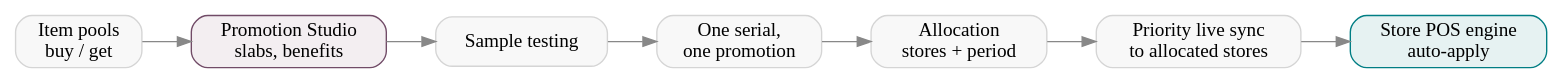
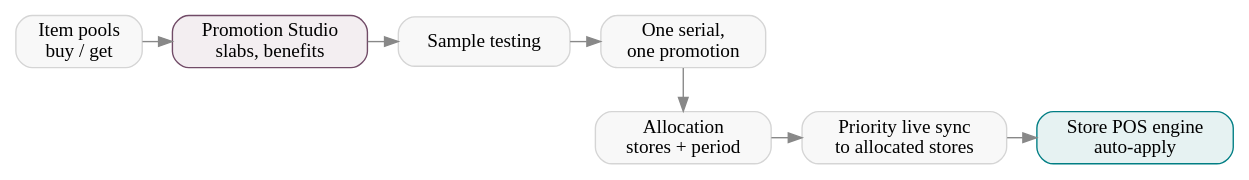
Before and after one commit to metalogicdigital/erp-docs: the diagram in content/case_studies/retail/promotions.rst, drawn with Graphviz. The commit also changed 8 other files, not shown here.

Commit message:
Make diagrams readable: sans-serif labels, wrap long flows into rows

```diff
--- a/content/case_studies/retail/promotions.rst
+++ b/content/case_studies/retail/promotions.rst
@@ -16,16 +16,20 @@
 .. graphviz::
    :caption: Design at HO, apply at the till
 
    digraph promo {
-      rankdir=LR;
+      rankdir=TB; nodesep=0.3; ranksep=0.45;
       node [shape=box, style="rounded,filled", fillcolor="#F8F8F8", color="#D5D5D5"];
       edge [color="#888888"];
-      pool [label="Item pools\nbuy / get"];
-      studio [label="Promotion Studio\nslabs, benefits", fillcolor="#f3eef1", color="#714B67"];
-      test [label="Sample testing"];
-      coll [label="One serial,\none promotion"];
-      alloc [label="Allocation\nstores + period"];
-      sync [label="Priority live sync\nto allocated stores"];
-      pos [label="Store POS engine\nauto-apply", fillcolor="#e6f2f2", color="#017e84"];
-      pool -> studio -> test -> coll -> alloc -> sync -> pos;
+      { rank=same;
+        pool [label="Item pools\nbuy / get"];
+        studio [label="Promotion Studio\nslabs, benefits", fillcolor="#f3eef1", color="#714B67"];
+        test [label="Sample testing"];
+        coll [label="One serial,\none promotion"]; }
+      { rank=same;
+        alloc [label="Allocation\nstores + period"];
+        sync [label="Priority live sync\nto allocated stores"];
+        pos [label="Store POS engine\nauto-apply", fillcolor="#e6f2f2", color="#017e84"]; }
+      pool -> studio -> test -> coll;
+      coll -> alloc;
+      alloc -> sync -> pos;
    }
```
